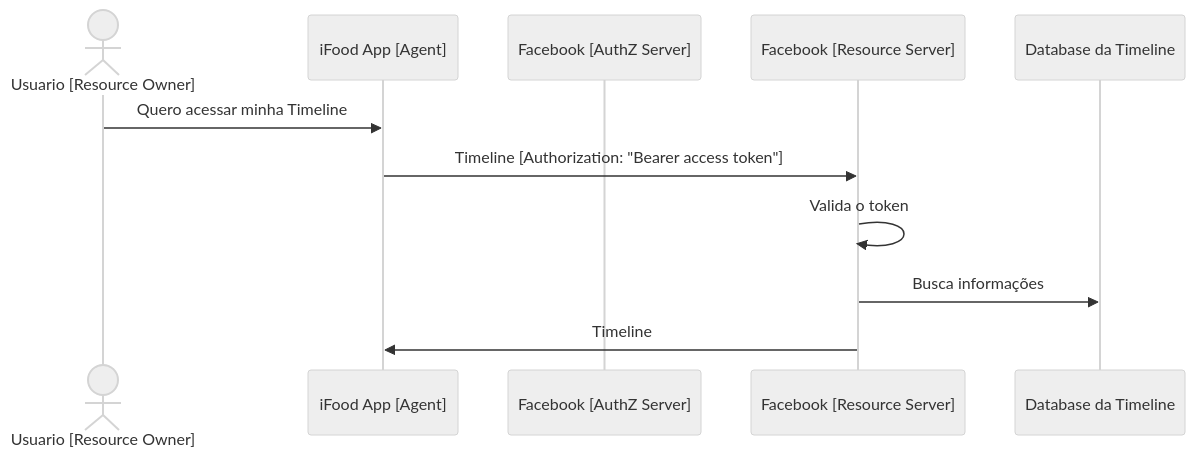
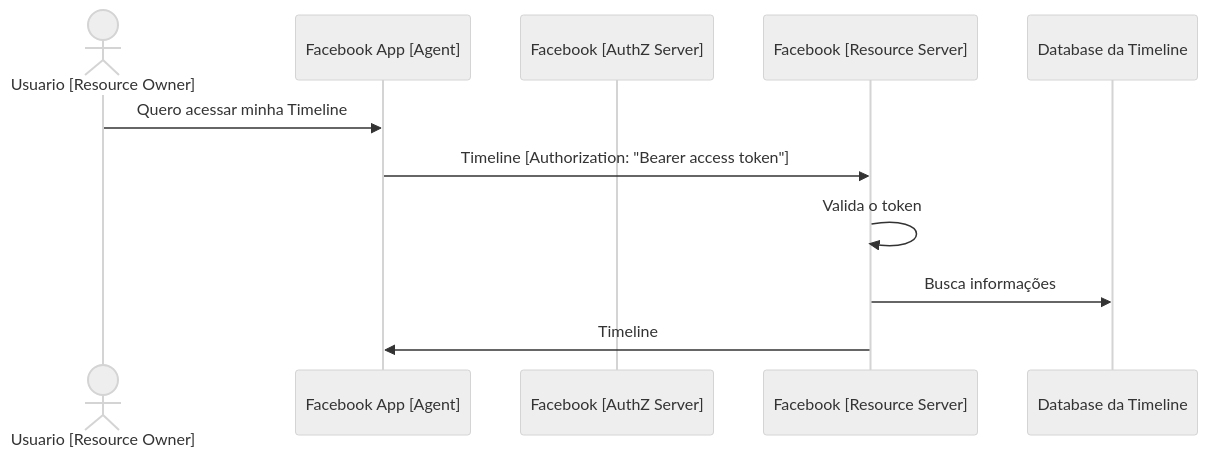
One commit to FIAP/PostTech_Java_AluraBank changed the second of 2 diagrams in doc/oauth/Resource Owner Password Credentials Grant.md. Above: the diagram before and after it, drawn with Mermaid (neutral theme). The commit also changed other lines of this file and 1 other file, not shown here.

Commit message:
Adicionando descrição para a documentação do fluxo de authorization code

````diff
--- a/doc/oauth/Resource Owner Password Credentials Grant.md
+++ b/doc/oauth/Resource Owner Password Credentials Grant.md
@@ -31,15 +31,15 @@
 ```mermaid
 sequenceDiagram
     actor       C   as Usuario [Resource Owner]
-    participant A   as iFood App [Agent]
+    participant A   as Facebook App [Agent]
     participant AS  as Facebook [AuthZ Server]
     participant RS  as Facebook [Resource Server]
     participant DB  as Database da Timeline
     
     C->>A: Quero acessar minha Timeline
     A->>RS: Timeline [Authorization: "Bearer access token"]
     RS->>RS: Valida o token
     RS->>DB: Busca informações
     RS->>A: Timeline
   
 ```
````
